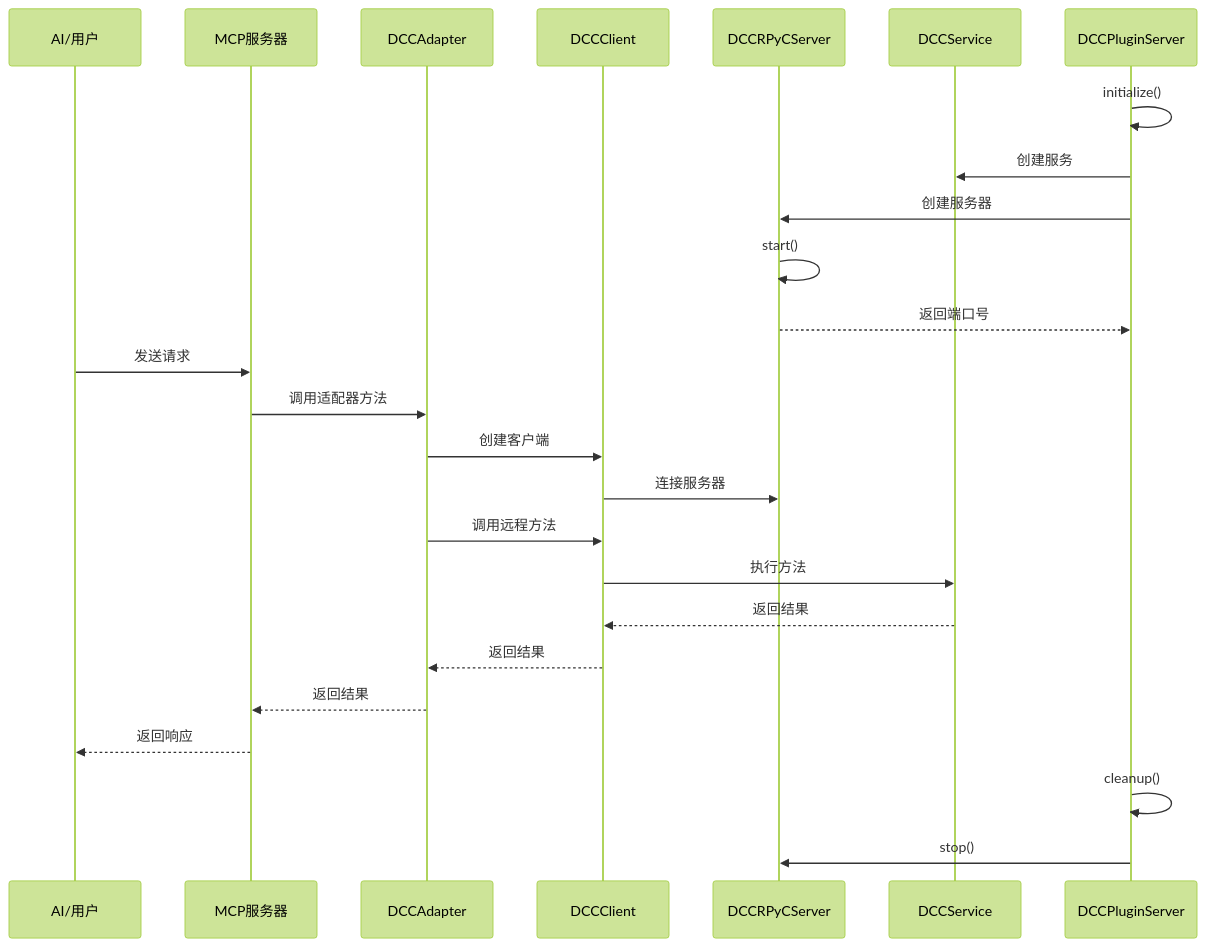
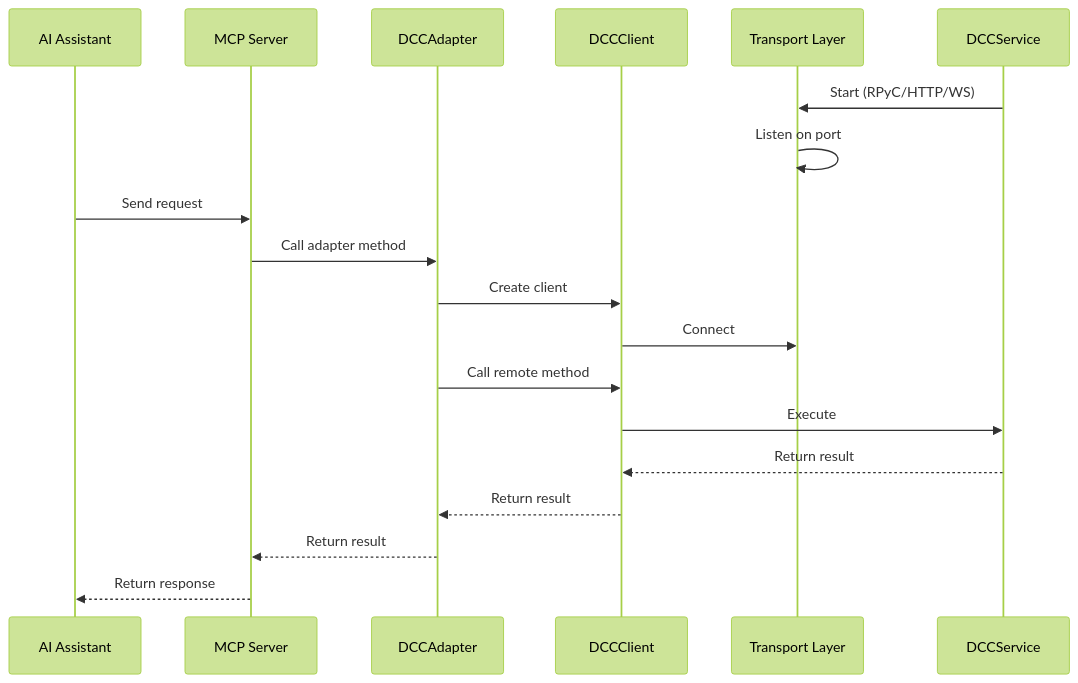
Before and after one commit to loonghao/dcc-mcp-rpyc: the second of 2 diagrams in docs/architecture.md, drawn with Mermaid (forest theme). The commit also changed other lines of this file and 31 other files, not shown here.

````diff
--- a/docs/architecture.md
+++ b/docs/architecture.md
@@ -137,34 +38,23 @@
 ```mermaid
 sequenceDiagram
-    %% 样式设置
-    participant AI as AI/用户
-    participant MCP as MCP服务器
+    participant AI as AI Assistant
+    participant MCP as MCP Server
     participant Adapter as DCCAdapter
     participant Client as DCCClient
-    participant Server as DCCRPyCServer
+    participant Transport as Transport Layer
     participant Service as DCCService
-    participant Plugin as DCCPluginServer
 
-    %% 初始化阶段
-    Plugin->>Plugin: initialize()
-    Plugin->>Service: 创建服务
-    Plugin->>Server: 创建服务器
-    Server->>Server: start()
-    Server-->>Plugin: 返回端口号
+    Service->>Transport: Start (RPyC/HTTP/WS)
+    Transport->>Transport: Listen on port
 
-    %% 请求处理阶段
-    AI->>MCP: 发送请求
-    MCP->>Adapter: 调用适配器方法
-    Adapter->>Client: 创建客户端
-    Client->>Server: 连接服务器
-    Adapter->>Client: 调用远程方法
-    Client->>Service: 执行方法
-    Service-->>Client: 返回结果
-    Client-->>Adapter: 返回结果
-    Adapter-->>MCP: 返回结果
-    MCP-->>AI: 返回响应
-
-    %% 清理阶段
-    Plugin->>Plugin: cleanup()
-    Plugin->>Server: stop()
+    AI->>MCP: Send request
+    MCP->>Adapter: Call adapter method
+    Adapter->>Client: Create client
+    Client->>Transport: Connect
+    Adapter->>Client: Call remote method
+    Client->>Service: Execute
+    Service-->>Client: Return result
+    Client-->>Adapter: Return result
+    Adapter-->>MCP: Return result
+    MCP-->>AI: Return response
 ```
````
